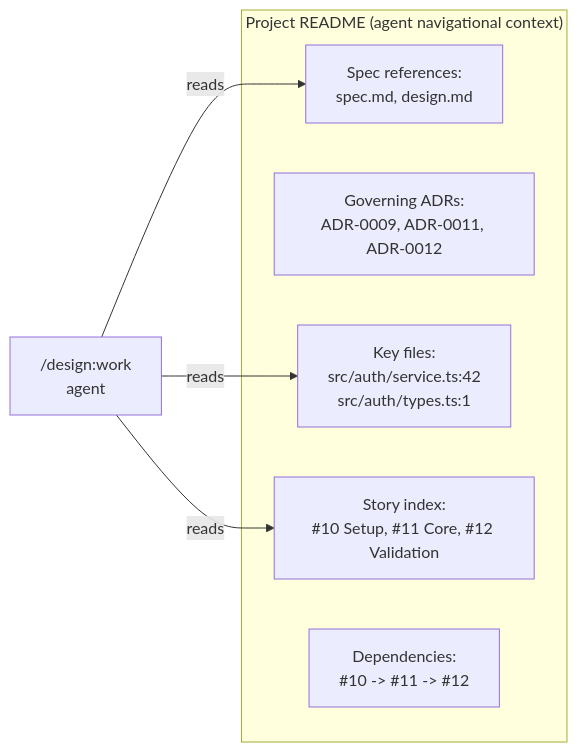
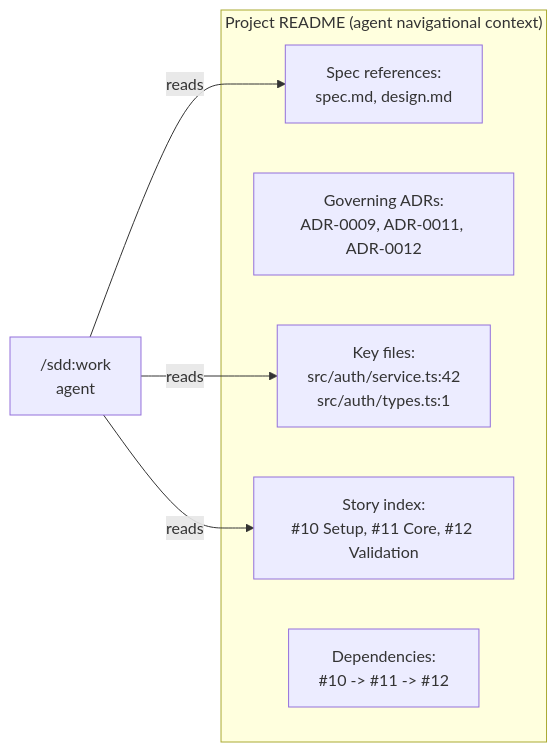
One commit to joestump/claude-plugin-design changed the third of 4 diagrams in docs/openspec/specs/project-workspace-enrichment/design.md. Above: the diagram before and after it, drawn with Mermaid. The commit also changed other lines of this file and 106 other files, not shown here.

First line of the commit message:
Rename plugin: design → sdd (Spec-Driven Development) (#75)

````diff
--- a/docs/openspec/specs/project-workspace-enrichment/design.md
+++ b/docs/openspec/specs/project-workspace-enrichment/design.md
@@ -144,14 +144,14 @@
 ```mermaid
 flowchart LR
     subgraph "Project README (agent navigational context)"
         R1["Spec references:\nspec.md, design.md"]
         R2["Governing ADRs:\nADR-0009, ADR-0011, ADR-0012"]
         R3["Key files:\nsrc/auth/service.ts:42\nsrc/auth/types.ts:1"]
         R4["Story index:\n#10 Setup, #11 Core, #12 Validation"]
         R5["Dependencies:\n#10 -> #11 -> #12"]
     end
 
-    Agent["/design:work\nagent"] -->|"reads"| R1
+    Agent["/sdd:work\nagent"] -->|"reads"| R1
     Agent -->|"reads"| R3
     Agent -->|"reads"| R4
 ```
````
